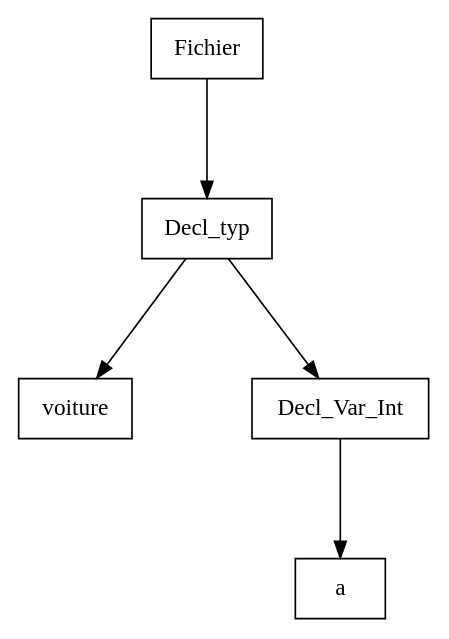
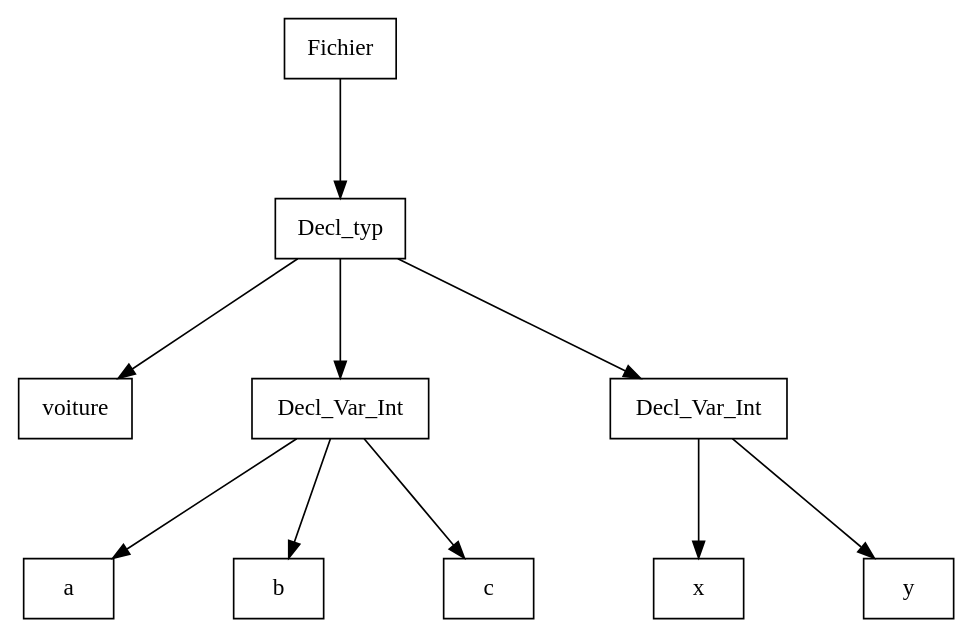
Before and after one commit to Hamza-ABDOULHOUSSEN/compil: the diagram in Code/out/dot/arbre.dot, drawn with Graphviz. The commit also changed 3 other files, not shown here.

```diff
--- a/Code/out/dot/arbre.dot
+++ b/Code/out/dot/arbre.dot
@@ -1,16 +1,26 @@
 digraph "ast"{
 
 	nodesep=1;
 	ranksep=1;
 
+	N1 [label="Decl_typ", shape="box"];
 	N2 [label="voiture", shape="box"];
+	N3 [label="Decl_Var_Int", shape="box"];
 	N4 [label="a", shape="box"];
-	N3 [label="Decl_Var_Int", shape="box"];
-	N1 [label="Decl_typ", shape="box"];
+	N5 [label="b", shape="box"];
+	N6 [label="c", shape="box"];
+	N7 [label="Decl_Var_Int", shape="box"];
+	N8 [label="x", shape="box"];
+	N9 [label="y", shape="box"];
 	N0 [label="Fichier", shape="box"];
 
+	N1 -> N2; 
 	N3 -> N4; 
+	N3 -> N5; 
+	N3 -> N6; 
 	N1 -> N3; 
-	N1 -> N2; 
+	N7 -> N8; 
+	N7 -> N9; 
+	N1 -> N7; 
 	N0 -> N1; 
 }
```
